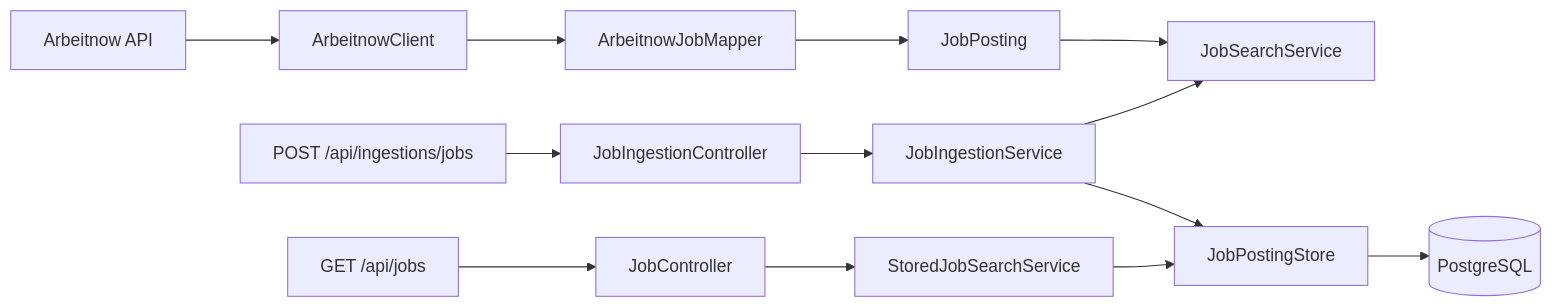
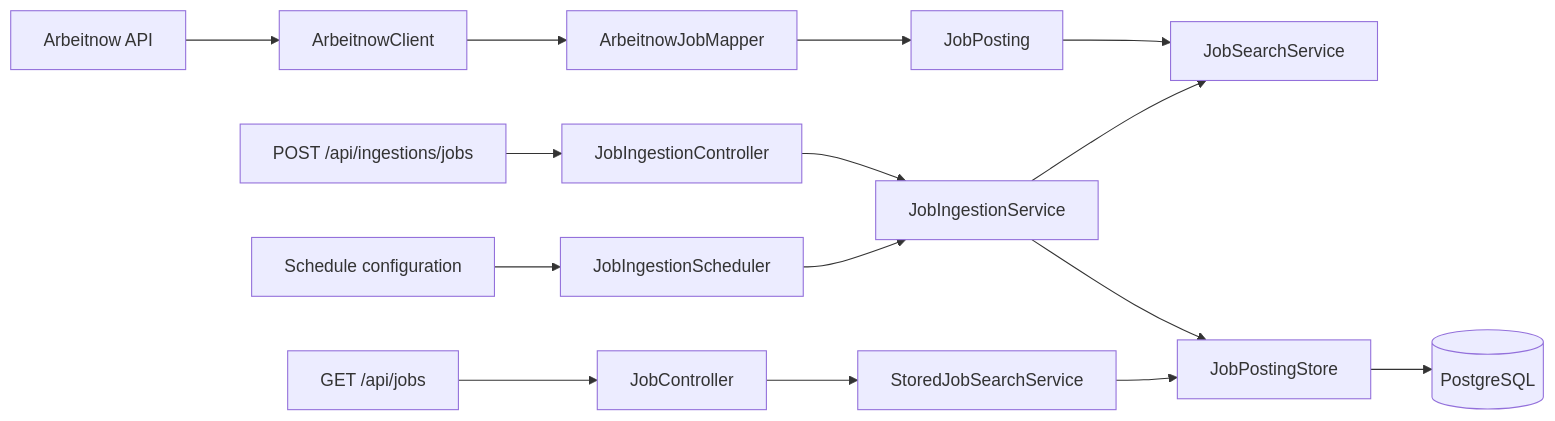
The diagram in README.md (saveriobutright/JobRadar), drawn with Mermaid before and after one commit. The commit also changed other lines of this file and 8 other files, not shown here.

````diff
--- a/README.md
+++ b/README.md
@@ -34,18 +35,20 @@
 ```mermaid
 flowchart LR
     A[Arbeitnow API] --> B[ArbeitnowClient]
     B --> C[ArbeitnowJobMapper]
     C --> D[JobPosting]
     D --> E[JobSearchService]
 
     F["POST /api/ingestions/jobs"] --> G[JobIngestionController]
+    N[Schedule configuration] --> O[JobIngestionScheduler]
     G --> H[JobIngestionService]
+    O --> H
     H --> E
     H --> I[JobPostingStore]
 
     J["GET /api/jobs"] --> K[JobController]
     K --> L[StoredJobSearchService]
     L --> I
 
     I --> M[(PostgreSQL)]
 ```
````
